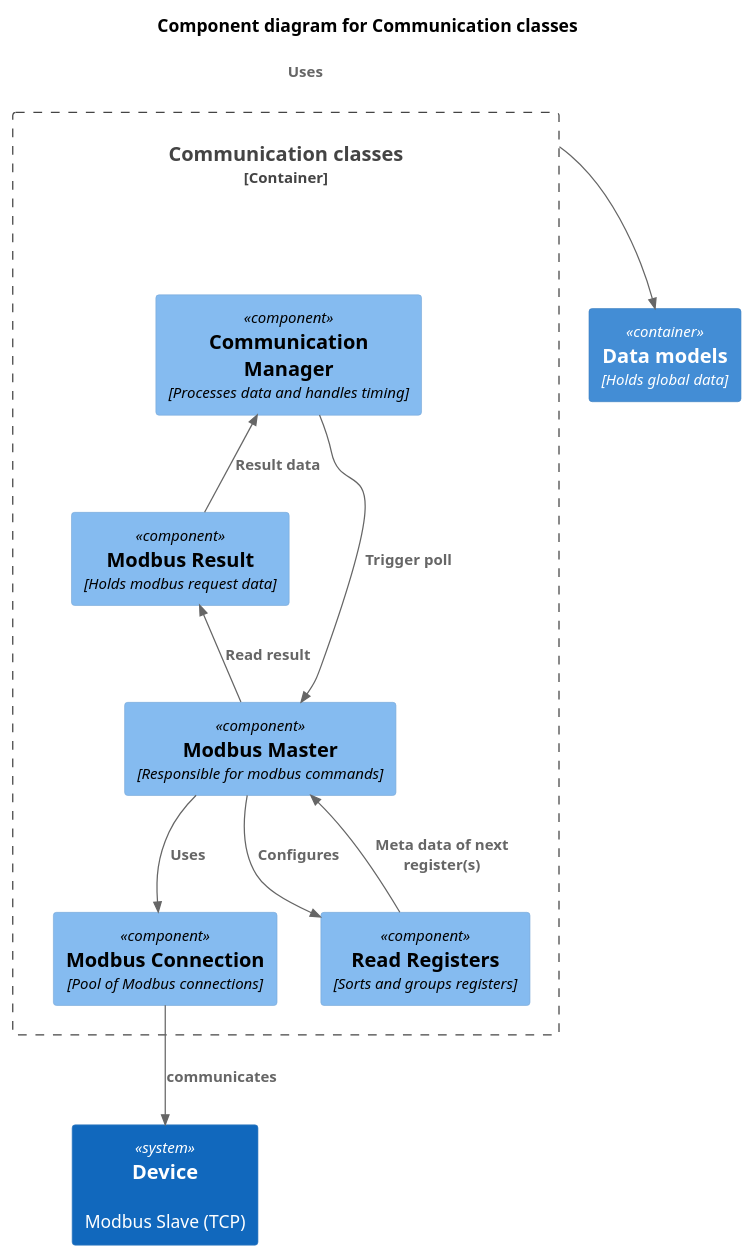
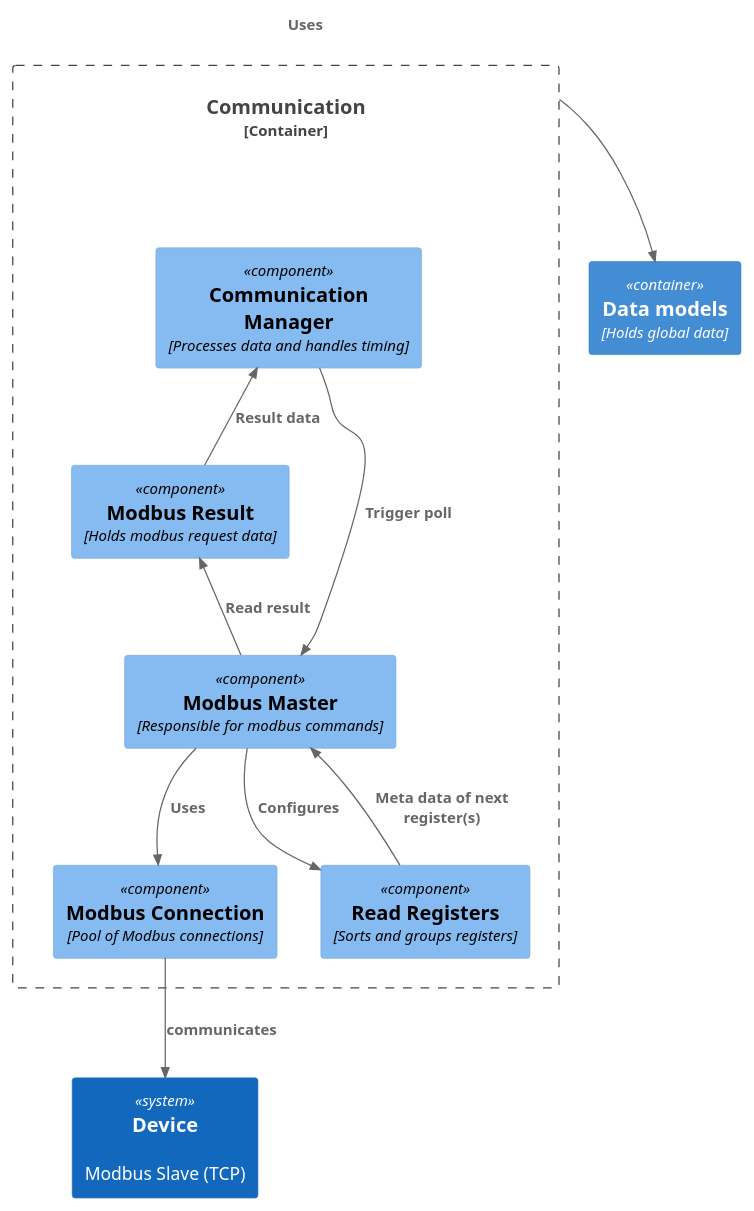
One commit to ModbusScope/ModbusScope changed the diagram in doc/architecture/Component_Communication.puml. Above: the diagram before and after it, drawn with PlantUML.

Commit message:
Remove title

```diff
--- a/doc/architecture/Component_Communication.puml
+++ b/doc/architecture/Component_Communication.puml
@@ -1,31 +1,29 @@
 @startuml
 !includeurl https://raw.githubusercontent.com/RicardoNiepel/C4-PlantUML/release/1-0/C4_Component.puml
 
-title Component diagram for Communication classes
-
-Container_Boundary(comm, "Communication classes"){
+Container_Boundary(comm, "Communication"){
 
     Component(comm_man, "Communication Manager", "Processes data and handles timing")
     Component(mb_conn, "Modbus Connection", "Pool of Modbus connections")
     Component(mb_master, "Modbus Master", "Responsible for modbus commands")
     Component(read_reg, "Read Registers", "Sorts and groups registers")
     Component(mb_result, "Modbus Result", "Holds modbus request data")
 
     Rel(comm_man, mb_master, "Trigger poll")
     Rel(mb_master, mb_conn, "Uses")
     Rel(mb_master, read_reg, "Configures")
 
     Rel_Up(mb_master, mb_result, "Read result")
     Rel_Up(mb_result, comm_man, "Result data")
 
     Rel_Up(read_reg, mb_master, "Meta data of next register(s)")
 }
 
 Container(models, "Data models", "Holds global data")
 System(slave_tcp, "Device", "Modbus Slave (TCP)")
 
 Rel_Right(comm, models, "Uses")
 Rel_Down(mb_conn, slave_tcp, "communicates")
 
 
 @enduml
```
